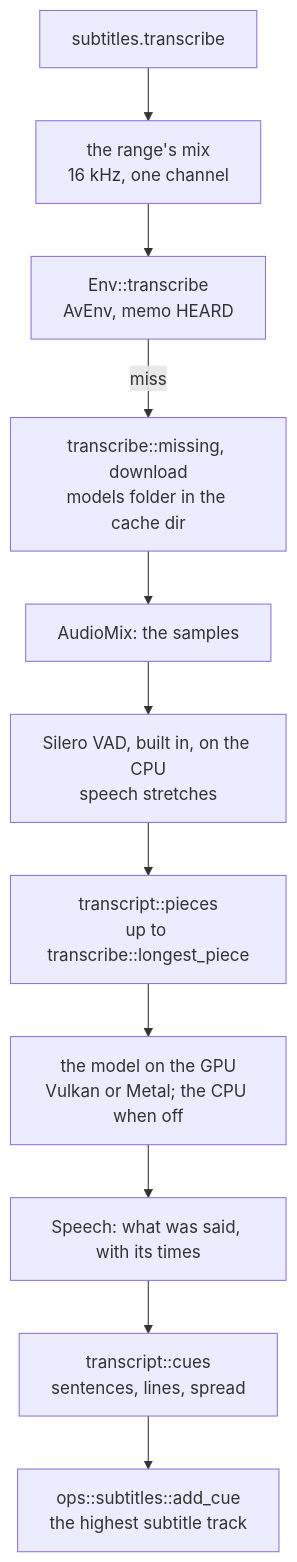
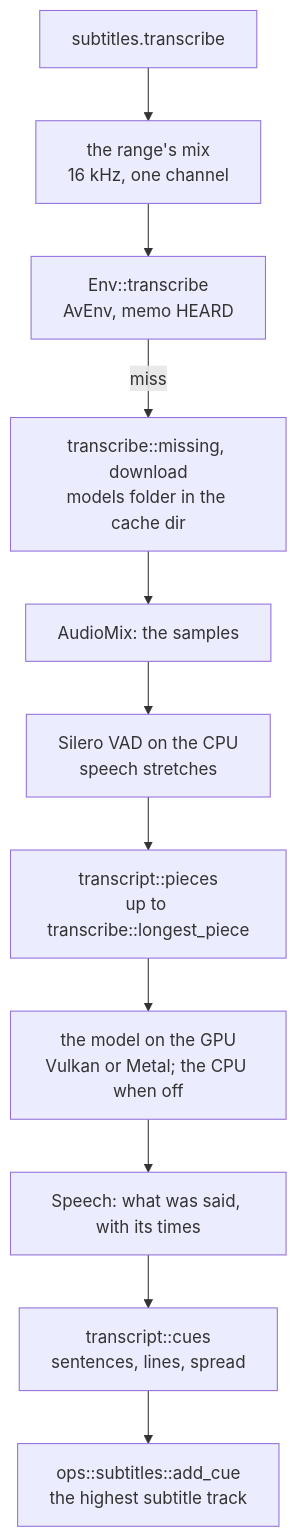
One commit to oittaa/vidcut changed the second of 3 diagrams in docs/design/analysis.md. Above: the diagram before and after it, drawn with Mermaid. The commit also changed other lines of this file and 25 other files, not shown here.

````diff
--- a/docs/design/analysis.md
+++ b/docs/design/analysis.md
@@ -47,13 +47,13 @@
 ```mermaid
 flowchart TD
   req["subtitles.transcribe"] --> plan["the range's mix<br>16 kHz, one channel"]
   plan --> env["Env::transcribe<br>AvEnv, memo HEARD"]
   env -- "miss" --> files["transcribe::missing, download<br>models folder in the cache dir"]
   files --> mix["AudioMix: the samples"]
-  mix --> vad["Silero VAD, built in, on the CPU<br>speech stretches"]
+  mix --> vad["Silero VAD on the CPU<br>speech stretches"]
   vad --> pieces["transcript::pieces<br>up to transcribe::longest_piece"]
   pieces --> asr["the model on the GPU<br>Vulkan or Metal; the CPU when off"]
   asr --> said["Speech: what was said, with its times"]
   said --> cues["transcript::cues<br>sentences, lines, spread"]
   cues --> track["ops::subtitles::add_cue<br>the highest subtitle track"]
 ```
````
